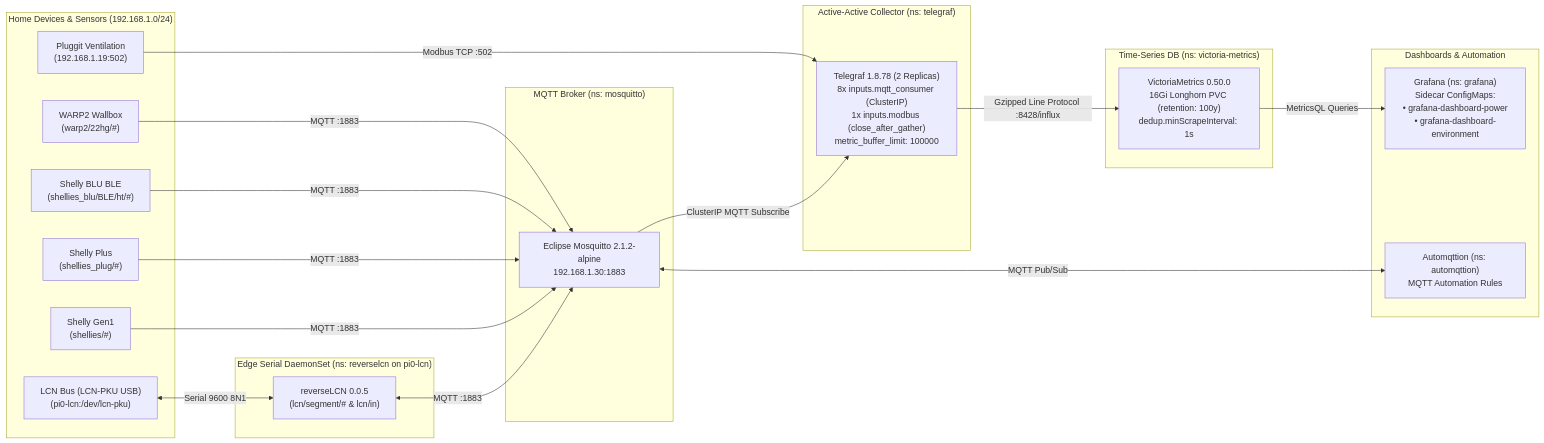
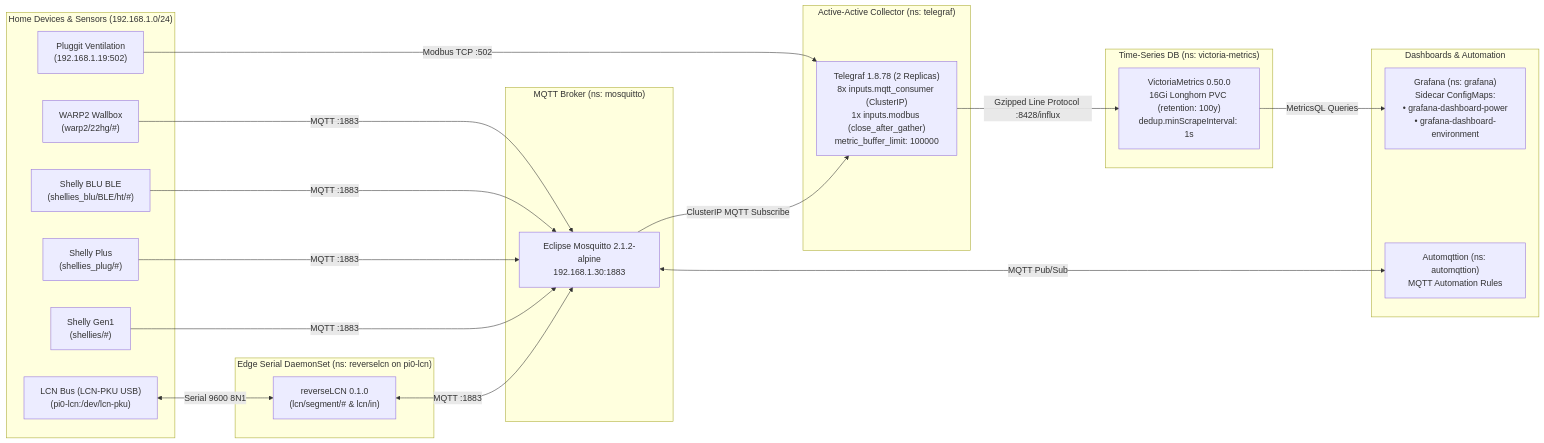
Before and after one commit to MyChaOS87/sloth: the third of 3 diagrams in docs/ARCHITECTURE.md, drawn with Mermaid. The commit also changed other lines of this file and 3 other files, not shown here.

````diff
--- a/docs/ARCHITECTURE.md
+++ b/docs/ARCHITECTURE.md
@@ -170,41 +170,41 @@
 ```mermaid
 flowchart LR
     subgraph Devices["Home Devices & Sensors (192.168.1.0/24)"]
         S1["Shelly Gen1<br/>(shellies/#)"]
         S2["Shelly Plus<br/>(shellies_plug/#)"]
         S3["Shelly BLU BLE<br/>(shellies_blu/BLE/ht/#)"]
         WB["WARP2 Wallbox<br/>(warp2/22hg/#)"]
         PL["Pluggit Ventilation<br/>(192.168.1.19:502)"]
         LCN["LCN Bus (LCN-PKU USB)<br/>(pi0-lcn:/dev/lcn-pku)"]
     end
 
     subgraph EdgeBridge["Edge Serial DaemonSet (ns: reverselcn on pi0-lcn)"]
-        RLCN["reverseLCN 0.0.5<br/>(lcn/segment/# & lcn/in)"]
+        RLCN["reverseLCN 0.1.0<br/>(lcn/segment/# & lcn/in)"]
     end
 
     subgraph Broker["MQTT Broker (ns: mosquitto)"]
         MQ["Eclipse Mosquitto 2.1.2-alpine<br/>192.168.1.30:1883"]
     end
 
     subgraph Collector["Active-Active Collector (ns: telegraf)"]
         TG["Telegraf 1.8.78 (2 Replicas)<br/>8x inputs.mqtt_consumer (ClusterIP)<br/>1x inputs.modbus (close_after_gather)<br/>metric_buffer_limit: 100000"]
     end
 
     subgraph Storage["Time-Series DB (ns: victoria-metrics)"]
         VM["VictoriaMetrics 0.50.0<br/>16Gi Longhorn PVC (retention: 100y)<br/>dedup.minScrapeInterval: 1s"]
     end
 
     subgraph Visualization["Dashboards & Automation"]
         GF["Grafana (ns: grafana)<br/>Sidecar ConfigMaps:<br/>• grafana-dashboard-power<br/>• grafana-dashboard-environment"]
         AM["Automqttion (ns: automqttion)<br/>MQTT Automation Rules"]
     end
 
     LCN <-->|Serial 9600 8N1| RLCN
     RLCN <-->|MQTT :1883| MQ
     S1 & S2 & S3 & WB -->|MQTT :1883| MQ
     MQ -->|ClusterIP MQTT Subscribe| TG
     MQ <-->|MQTT Pub/Sub| AM
     PL -->|Modbus TCP :502| TG
     TG -->|Gzipped Line Protocol :8428/influx| VM
     VM -->|MetricsQL Queries| GF
 ```
````
